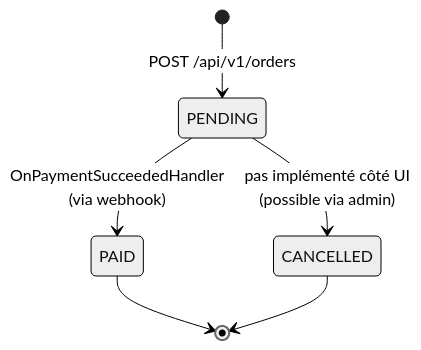
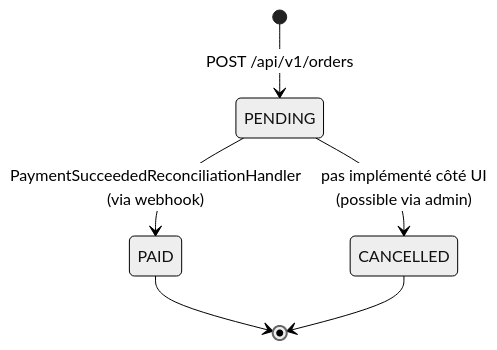
Before and after one commit to EnzoFB/cyna-platform: diagram 11 of 14 in docs/flows/order-payment-flow.md, drawn with Mermaid (neutral theme). The commit also changed other lines of this file and 4 other files, not shown here.

First line of the commit message:
refactor(payment): rename OnPaymentSucceededHandler to PaymentSucceededReconciliationHandler

````diff
--- a/docs/flows/order-payment-flow.md
+++ b/docs/flows/order-payment-flow.md
@@ -671,8 +673,8 @@
 ```mermaid
 stateDiagram-v2
     [*] --> PENDING : POST /api/v1/orders
-    PENDING --> PAID : OnPaymentSucceededHandler<br>(via webhook)
+    PENDING --> PAID : PaymentSucceededReconciliationHandler<br>(via webhook)
     PENDING --> CANCELLED : pas implémenté côté UI<br>(possible via admin)
     PAID --> [*]
     CANCELLED --> [*]
 ```
````
